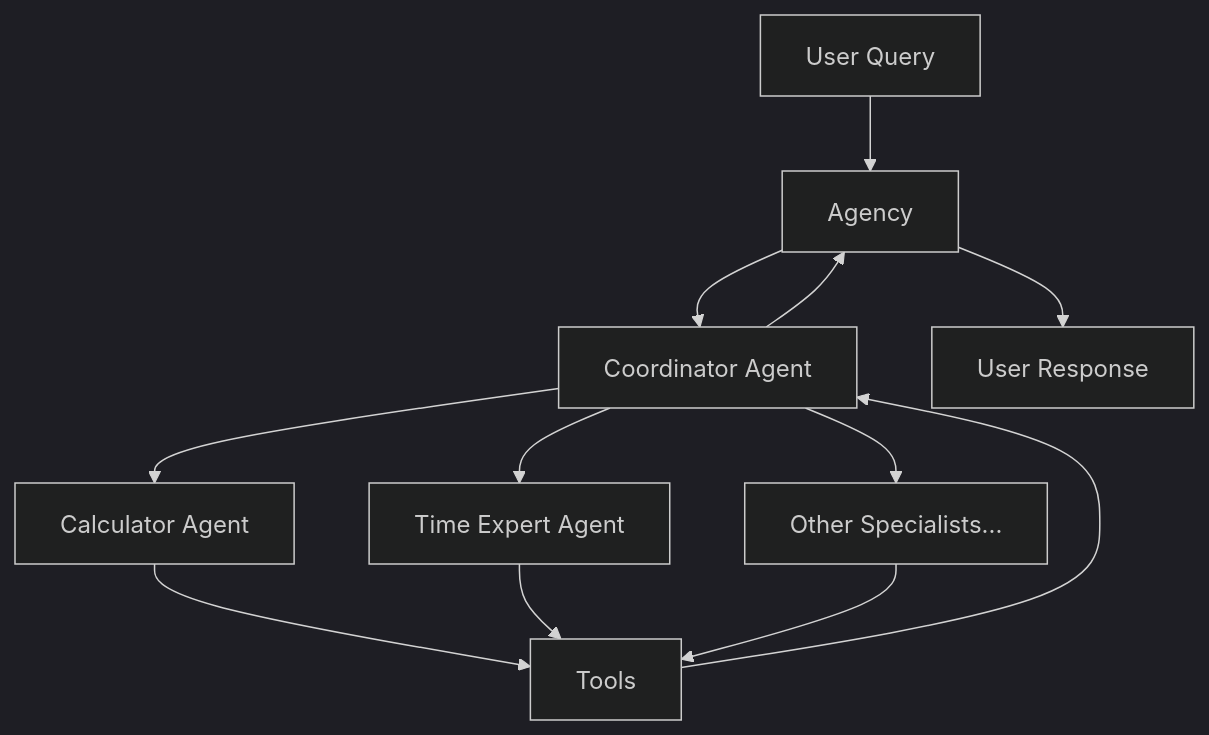
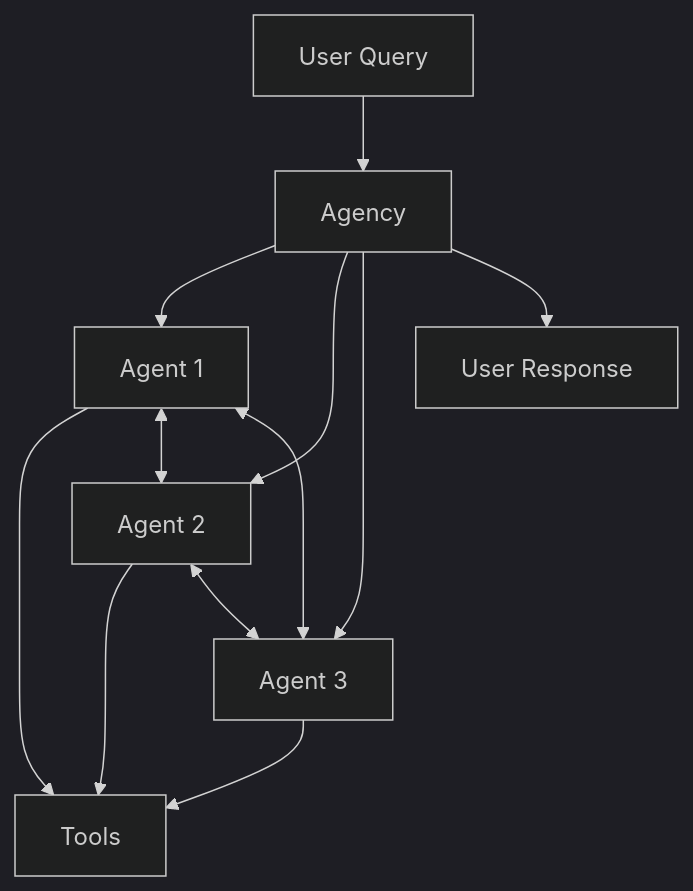
The diagram in docs/index.md (sandrich/bedrock-swarm), drawn with Mermaid (dark theme) before and after one commit. The commit also changed other lines of this file and 14 other files, not shown here.

````diff
--- a/docs/index.md
+++ b/docs/index.md
@@ -58,14 +58,14 @@
 ```mermaid
 graph TD
     A[User Query] --> B[Agency]
-    B --> C[Coordinator Agent]
-    C --> D[Calculator Agent]
-    C --> E[Time Expert Agent]
-    C --> F[Other Specialists...]
-    D --> G[Tools]
-    E --> G
-    F --> G
-    G --> C
-    C --> B
-    B --> H[User Response]
+    B --> C[Agent 1]
+    B --> D[Agent 2]
+    B --> E[Agent 3]
+    C --> F[Tools]
+    D --> F
+    E --> F
+    C <--> D
+    D <--> E
+    C <--> E
+    B --> G[User Response]
 ```
````
